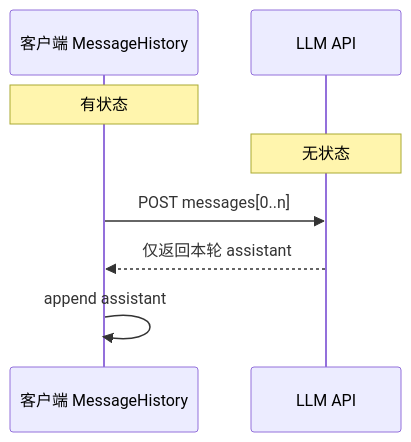
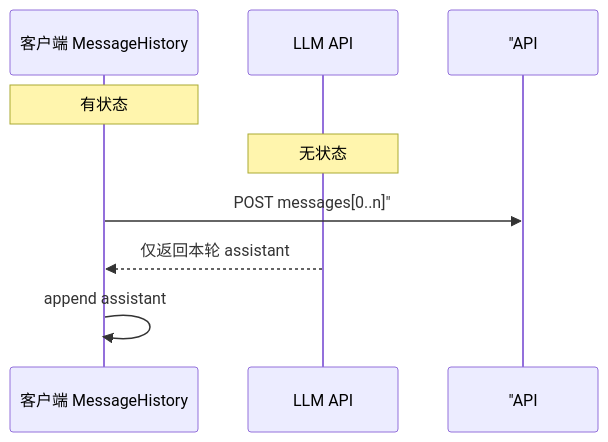
One commit to ab6539763/70_days_course_plus changed the first of 2 diagrams in course/day14/22_多轮对话深度讲义.md. Above: the diagram before and after it, drawn with Mermaid. The commit also changed 134 other files, not shown here.

````diff
--- a/course/day14/22_多轮对话深度讲义.md
+++ b/course/day14/22_多轮对话深度讲义.md
@@ -24,10 +24,10 @@
 ```mermaid
 sequenceDiagram
     participant C as 客户端 MessageHistory
     participant API as LLM API
     Note over C: 有状态
     Note over API: 无状态
-    C->>API: POST messages[0..n]
+    C->> "API: POST messages[0..n]"
     API-->>C: 仅返回本轮 assistant
     C->>C: append assistant
 ```
````
